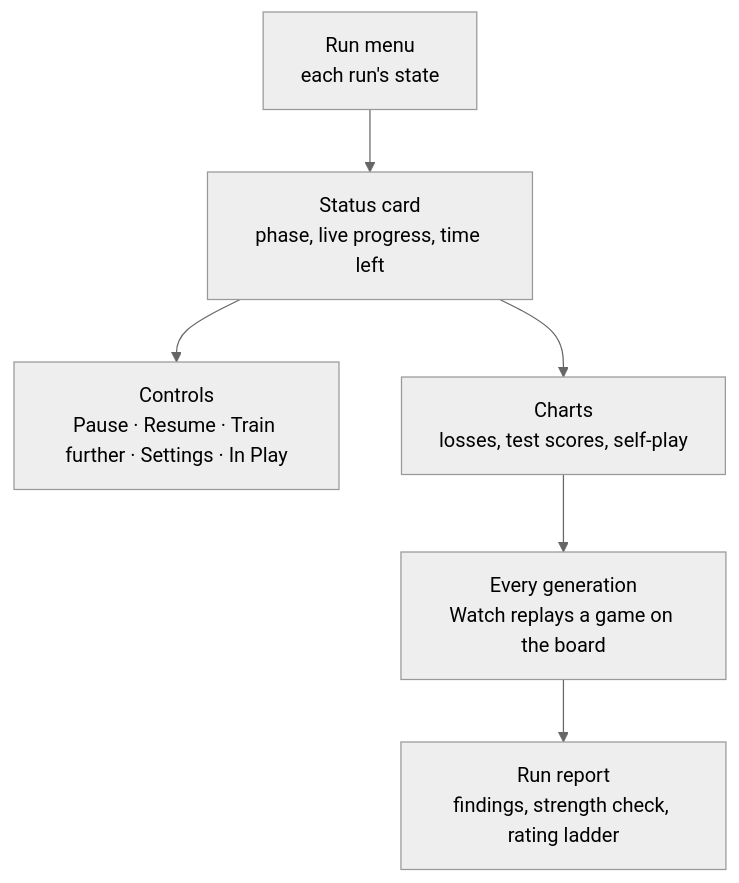
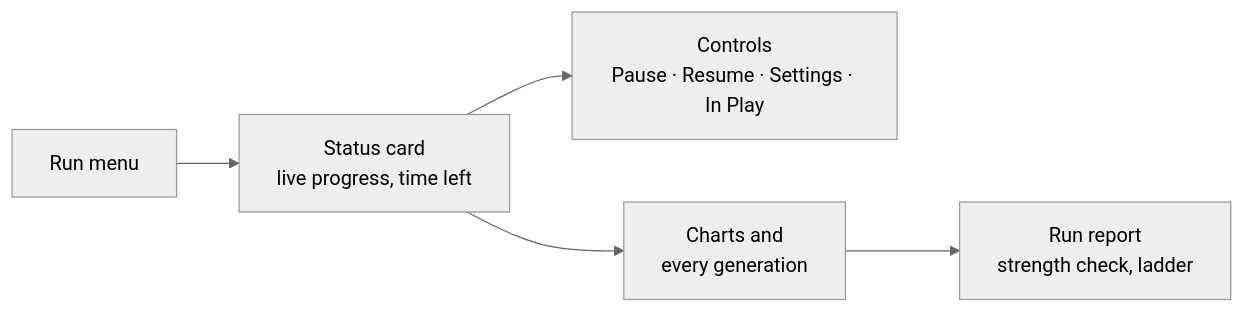
Before and after one commit to Aditya-00786/csf407-fable-chaturanga-zero: the second of 2 diagrams in docs/WEB_APP.md, drawn with Mermaid (neutral theme). The commit also changed 1 other file, not shown here.

Commit message:
docs: compact diagrams of a generation and of the Training page

````diff
--- a/docs/WEB_APP.md
+++ b/docs/WEB_APP.md
@@ -75,8 +75,5 @@
 ```mermaid
-flowchart TB
-    M[Run menu<br/>each run's state] --> S[Status card<br/>phase, live progress, time left]
-    S --> C[Controls<br/>Pause · Resume · Train further · Settings · In Play]
-    S --> CH[Charts<br/>losses, test scores, self-play]
-    CH --> GT[Every generation<br/>Watch replays a game on the board]
-    GT --> RR[Run report<br/>findings, strength check, rating ladder]
+flowchart LR
+    M["Run menu"] --> S["Status card<br/>live progress, time left"] --> C["Controls<br/>Pause · Resume · Settings · In Play"]
+    S --> CH["Charts and<br/>every generation"] --> RR["Run report<br/>strength check, ladder"]
 ```
````
